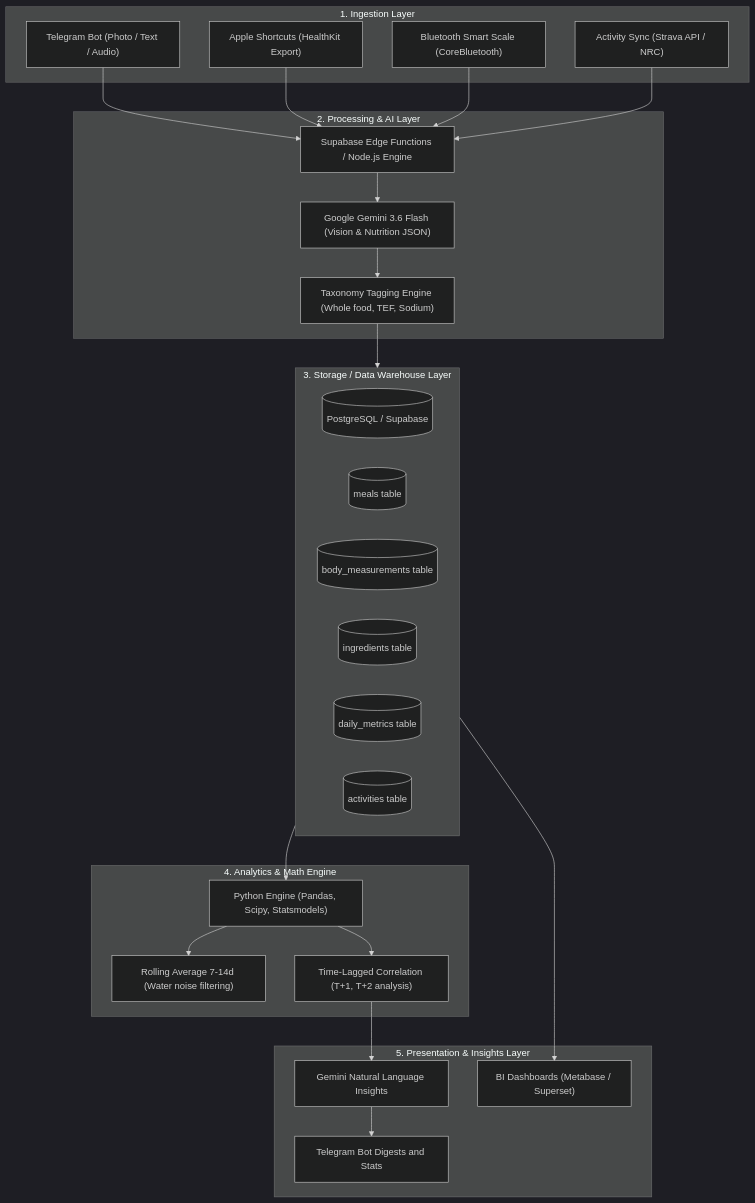
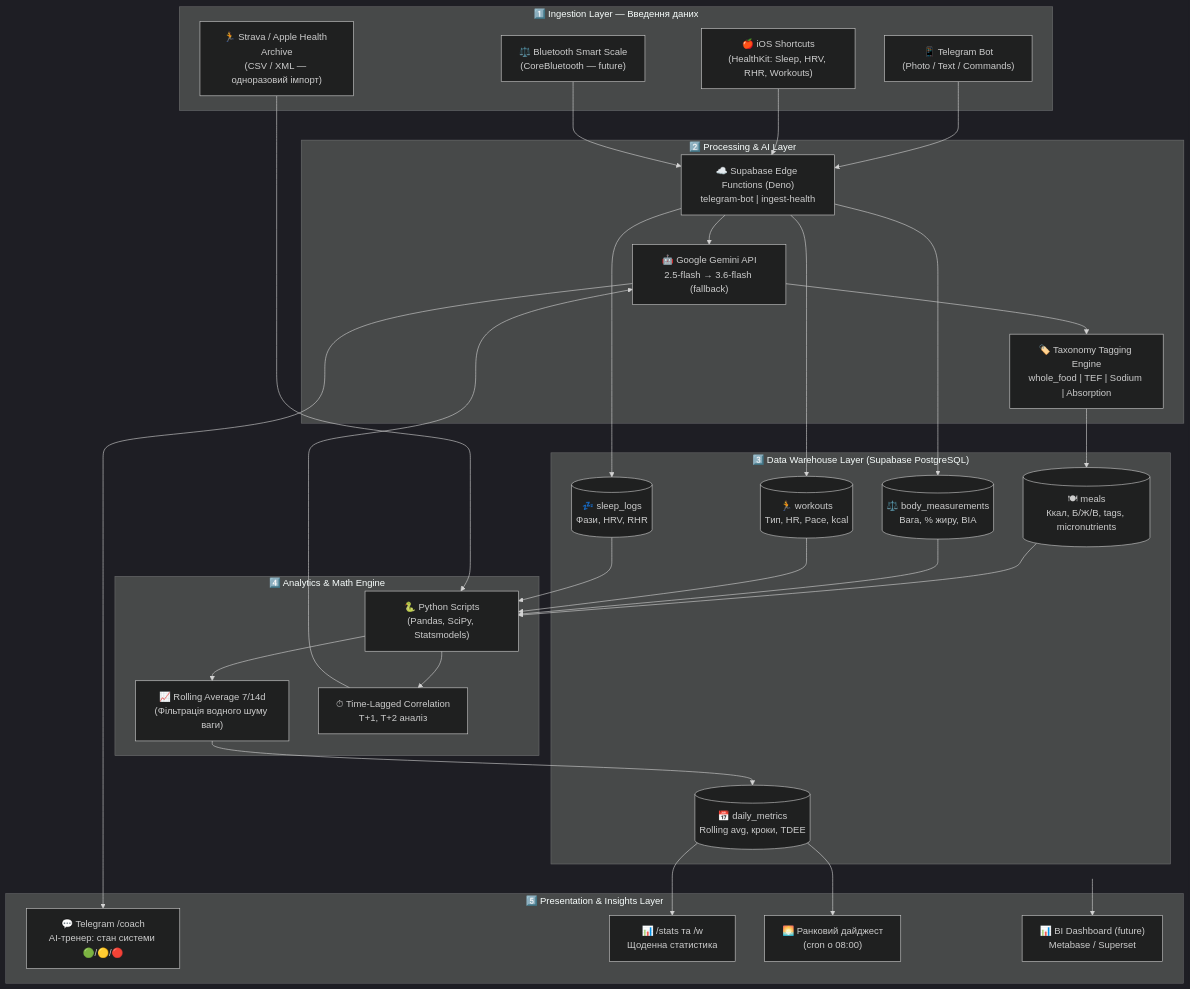
Before and after one commit to skycherepanya/calories-bot-mvp: the diagram in docs/ARCHITECTURE.md, drawn with Mermaid (dark theme). The commit also changed other lines of this file and 68 other files, not shown here.

Commit message:
feat: merge Lifecore analytics module — Phase 2 plan, DB migrations, coach prompt spec, iOS Shortcut docs, full doc restructure

````diff
--- a/docs/ARCHITECTURE.md
+++ b/docs/ARCHITECTURE.md
@@ -9,52 +18,63 @@
 ```mermaid
 flowchart TD
-    subgraph Ingestion ["1. Ingestion Layer"]
-        TG["Telegram Bot (Photo / Text / Audio)"]
-        Shortcuts["Apple Shortcuts (HealthKit Export)"]
-        BLE["Bluetooth Smart Scale (CoreBluetooth)"]
-        Strava["Activity Sync (Strava API / NRC)"]
+    subgraph Ingestion ["1️⃣ Ingestion Layer — Введення даних"]
+        TG["📱 Telegram Bot\n(Photo / Text / Commands)"]
+        Shortcuts["🍎 iOS Shortcuts\n(HealthKit: Sleep, HRV, RHR, Workouts)"]
+        BLE["⚖️ Bluetooth Smart Scale\n(CoreBluetooth — future)"]
+        Strava["🏃 Strava / Apple Health Archive\n(CSV / XML — одноразовий імпорт)"]
     end
 
-    subgraph Processing ["2. Processing & AI Layer"]
-        Edge["Supabase Edge Functions / Node.js Engine"]
-        Gemini["Google Gemini 3.6 Flash (Vision & Nutrition JSON)"]
-        Tagging["Taxonomy Tagging Engine (Whole food, TEF, Sodium)"]
+    subgraph Processing ["2️⃣ Processing & AI Layer"]
+        Edge["☁️ Supabase Edge Functions (Deno)\ntelegram-bot | ingest-health"]
+        Gemini["🤖 Google Gemini API\n2.5-flash → 3.6-flash (fallback)"]
+        TagEngine["🏷️ Taxonomy Tagging Engine\nwhole_food | TEF | Sodium | Absorption"]
     end
 
-    subgraph Storage ["3. Storage / Data Warehouse Layer"]
-        PG[(PostgreSQL / Supabase)]
-        Meals[(meals table)]
-        Body[(body_measurements table)]
-        Ingredients[(ingredients table)]
-        Daily[(daily_metrics table)]
-        Activities[(activities table)]
+    subgraph Storage ["3️⃣ Data Warehouse Layer (Supabase PostgreSQL)"]
+        Meals[("🍽 meals\nКкал, Б/Ж/В, tags, micronutrients")]
+        Body[("⚖️ body_measurements\nВага, % жиру, BIA")]
+        Workouts[("🏃 workouts\nТип, HR, Pace, kcal")]
+        Sleep[("💤 sleep_logs\nФази, HRV, RHR")]
+        Daily[("📅 daily_metrics\nRolling avg, кроки, TDEE")]
     end
 
-    subgraph Analytics ["4. Analytics & Math Engine"]
-        Math["Python Engine (Pandas, Scipy, Statsmodels)"]
-        Rolling["Rolling Average 7-14d (Water noise filtering)"]
-        Lags["Time-Lagged Correlation (T+1, T+2 analysis)"]
+    subgraph Analytics ["4️⃣ Analytics & Math Engine"]
+        Python["🐍 Python Scripts\n(Pandas, SciPy, Statsmodels)"]
+        Rolling["📈 Rolling Average 7/14d\n(Фільтрація водного шуму ваги)"]
+        Lags["⏱ Time-Lagged Correlation\nT+1, T+2 аналіз"]
     end
 
-    subgraph Presentation ["5. Presentation & Insights Layer"]
-        TG_Reports["Telegram Bot Digests and Stats"]
-        AI_Insights["Gemini Natural Language Insights"]
-        BI["BI Dashboards (Metabase / Superset)"]
+    subgraph Presentation ["5️⃣ Presentation & Insights Layer"]
+        TG_Coach["💬 Telegram /coach\nAI-тренер: стан системи 🟢/🟡/🔴"]
+        TG_Stats["📊 /stats та /w\nЩоденна статистика"]
+        Morning["🌅 Ранковий дайджест\n(cron о 08:00)"]
+        BI["📊 BI Dashboard (future)\nMetabase / Superset"]
     end
 
     TG --> Edge
     Shortcuts --> Edge
     BLE --> Edge
-    Strava --> Edge
+    Strava --> Python
 
     Edge --> Gemini
-    Gemini --> Tagging
-    Tagging --> Storage
+    Gemini --> TagEngine
+    TagEngine --> Meals
+    Edge --> Body
+    Edge --> Workouts
+    Edge --> Sleep
 
-    Storage --> Math
-    Math --> Rolling
-    Math --> Lags
-    Lags --> AI_Insights
-    AI_Insights --> TG_Reports
+    Meals --> Python
+    Body --> Python
+    Workouts --> Python
+    Sleep --> Python
+
+    Python --> Rolling
+    Python --> Lags
+    Rolling --> Daily
+    Lags --> Gemini
+
+    Gemini --> TG_Coach
+    Daily --> TG_Stats
+    Daily --> Morning
     Storage --> BI
 ```
````
